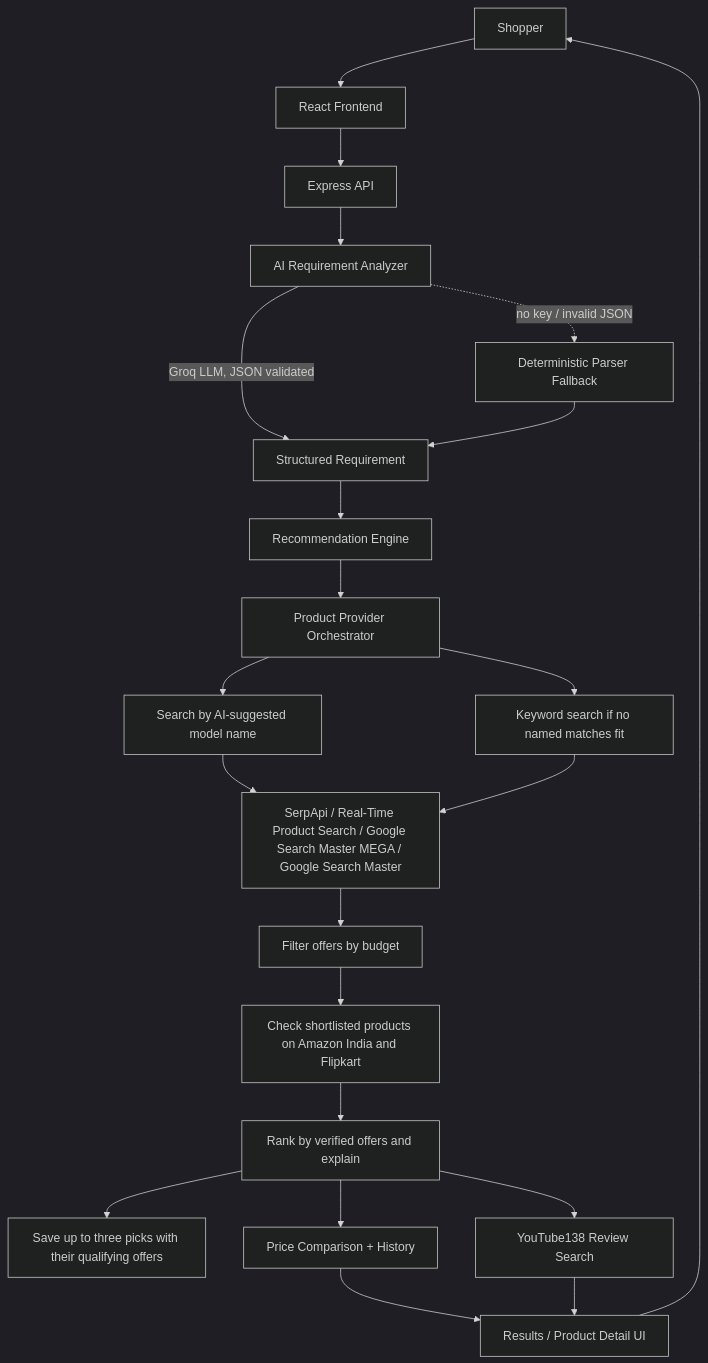
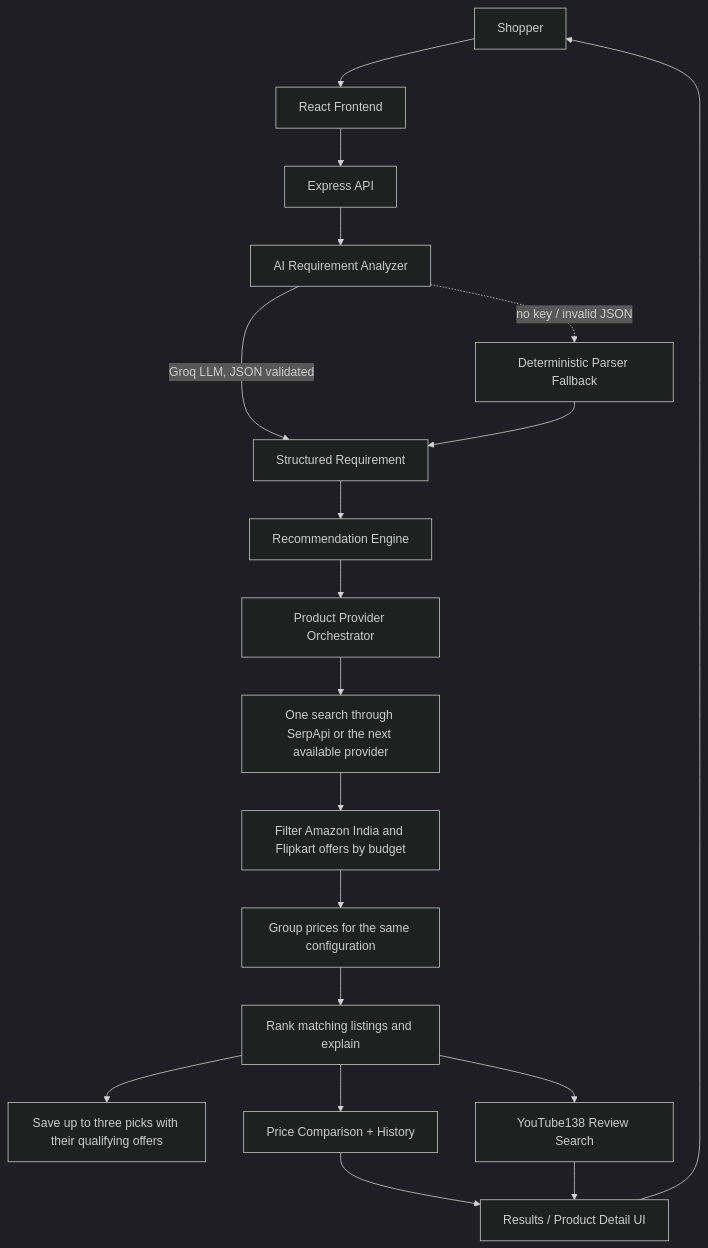
Before and after one commit to sainathreddy2003/smart-buy: the diagram in README.md, drawn with Mermaid (dark theme). The commit also changed other lines of this file and 33 other files, not shown here.

````diff
--- a/README.md
+++ b/README.md
@@ -74,24 +74,21 @@
 ```mermaid
 graph TD
     User[Shopper] --> FE[React Frontend]
     FE --> API[Express API]
     API --> AI[AI Requirement Analyzer]
     AI -->|Groq LLM, JSON validated| Struct[Structured Requirement]
     AI -.->|no key / invalid JSON| Det[Deterministic Parser Fallback]
     Det --> Struct
     Struct --> REC[Recommendation Engine]
     REC --> PROV[Product Provider Orchestrator]
-    PROV --> Names[Search by AI-suggested model name]
-    Names --> Chain[SerpApi / Real-Time Product Search / Google Search Master MEGA / Google Search Master]
-    PROV --> Keyword[Keyword search if no named matches fit]
-    Keyword --> Chain
-    Chain --> Budget[Filter offers by budget]
-    Budget --> Quotes[Check shortlisted products on Amazon India and Flipkart]
-    Quotes --> Score[Rank by verified offers and explain]
+    PROV --> Chain[One search through SerpApi or the next available provider]
+    Chain --> Budget[Filter Amazon India and Flipkart offers by budget]
+    Budget --> Quotes[Group prices for the same configuration]
+    Quotes --> Score[Rank matching listings and explain]
     Score --> Persist[Save up to three picks with their qualifying offers]
     Score --> Price[Price Comparison + History]
     Score --> YT[YouTube138 Review Search]
     Price --> Results[Results / Product Detail UI]
     YT --> Results
     Results --> User
 ```
````
